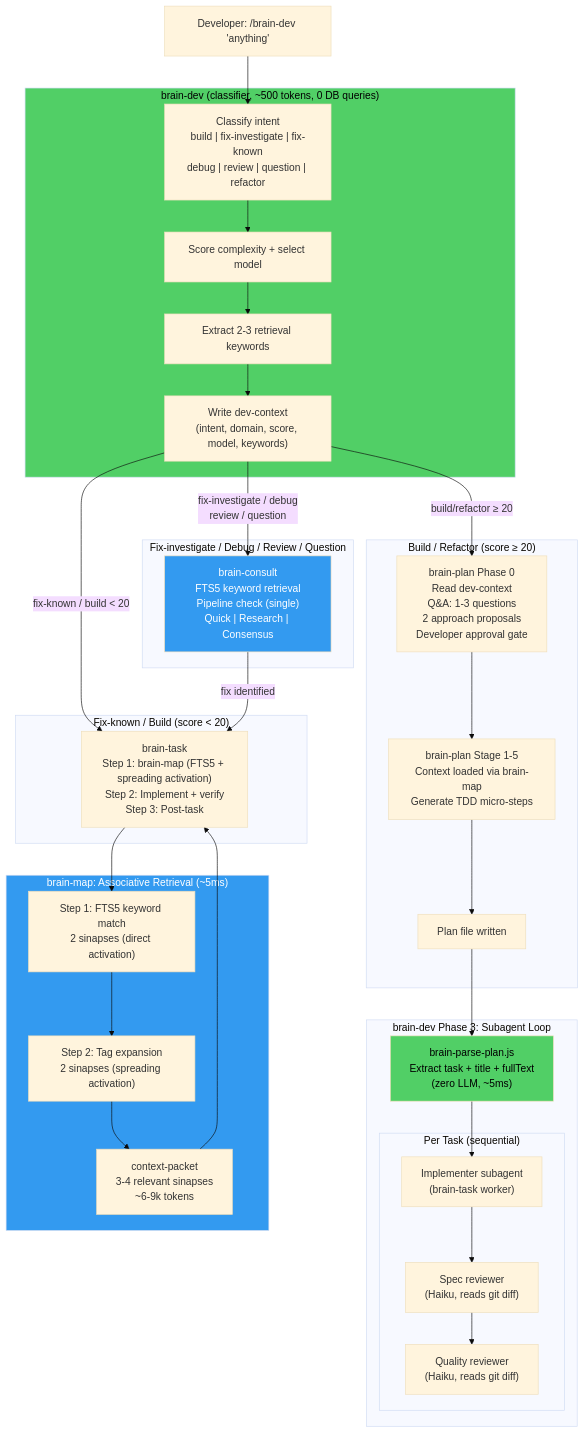
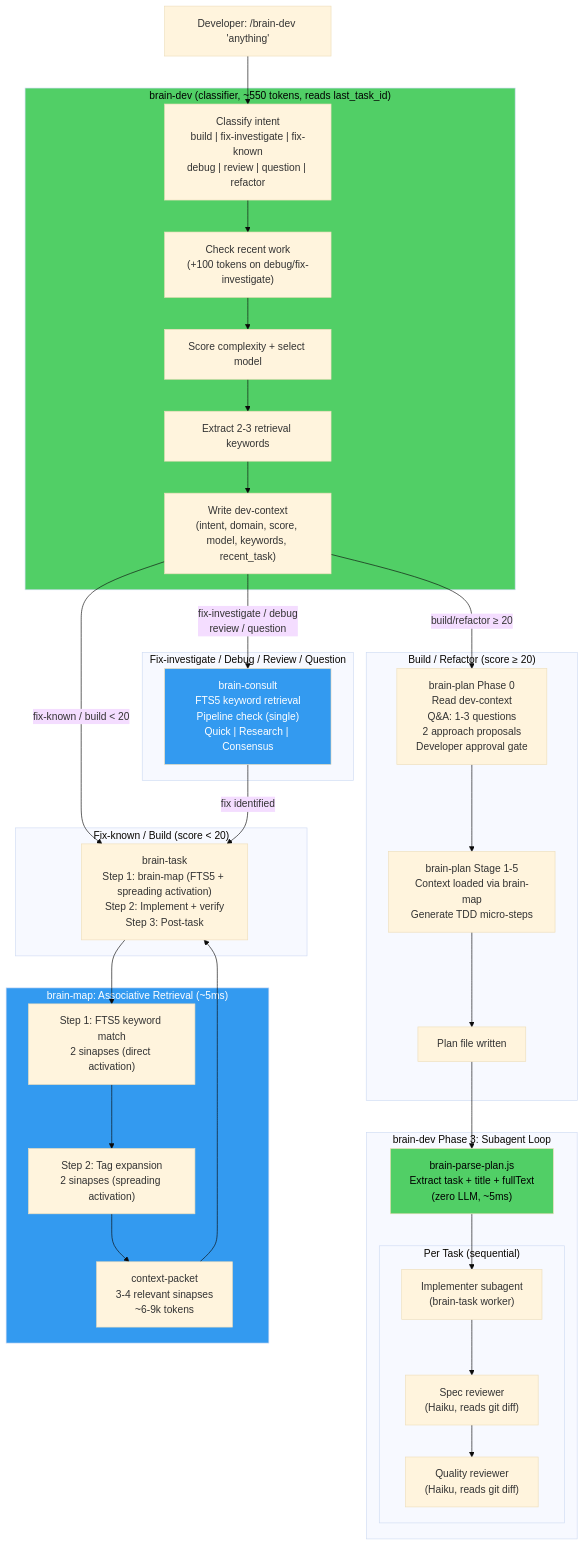
Before and after one commit to leandrotcawork/forgeflow-mini: the diagram in README.md, drawn with Mermaid (base theme). The commit also changed other lines of this file and 1 other file, not shown here.

Commit message:
docs: v1.1.0 — self-awareness, proactive confidence, brain-self-check.js

````diff
--- a/README.md
+++ b/README.md
@@ -396,61 +396,62 @@
 ```mermaid
 flowchart TB
     USER["Developer: /brain-dev 'anything'"]
 
-    subgraph BRAINDEV["brain-dev (classifier, ~500 tokens, 0 DB queries)"]
+    subgraph BRAINDEV["brain-dev (classifier, ~550 tokens, reads last_task_id)"]
         CL["Classify intent<br/>build | fix-investigate | fix-known<br/>debug | review | question | refactor"]
+        SA["Check recent work<br/>(+100 tokens on debug/fix-investigate)"]
         SC["Score complexity + select model"]
         KW["Extract 2-3 retrieval keywords"]
-        DC["Write dev-context<br/>(intent, domain, score, model, keywords)"]
+        DC["Write dev-context<br/>(intent, domain, score, model, keywords, recent_task)"]
     end
 
     subgraph PLAN_PATH["Build / Refactor (score ≥ 20)"]
         BP0["brain-plan Phase 0<br/>Read dev-context<br/>Q&A: 1-3 questions<br/>2 approach proposals<br/>Developer approval gate"]
         BP1["brain-plan Stage 1-5<br/>Context loaded via brain-map<br/>Generate TDD micro-steps"]
         PLAN["Plan file written"]
     end
 
     subgraph DISPATCH["brain-dev Phase 3: Subagent Loop"]
         PARSE["brain-parse-plan.js<br/>Extract task + title + fullText<br/>(zero LLM, ~5ms)"]
 
         subgraph PERTASK["Per Task (sequential)"]
             IMPL["Implementer subagent<br/>(brain-task worker)"]
             SPECR["Spec reviewer<br/>(Haiku, reads git diff)"]
             QUALR["Quality reviewer<br/>(Haiku, reads git diff)"]
         end
     end
 
     subgraph CONSULT_PATH["Fix-investigate / Debug / Review / Question"]
         BC["brain-consult<br/>FTS5 keyword retrieval<br/>Pipeline check (single)<br/>Quick | Research | Consensus"]
     end
 
     subgraph TASK_DIRECT["Fix-known / Build (score < 20)"]
         BT["brain-task<br/>Step 1: brain-map (FTS5 + spreading activation)<br/>Step 2: Implement + verify<br/>Step 3: Post-task"]
     end
 
     subgraph BRAINMAP["brain-map: Associative Retrieval (~5ms)"]
         FTS["Step 1: FTS5 keyword match<br/>2 sinapses (direct activation)"]
         SPREAD["Step 2: Tag expansion<br/>2 sinapses (spreading activation)"]
         CTX["context-packet<br/>3-4 relevant sinapses<br/>~6-9k tokens"]
     end
 
-    USER --> CL --> SC --> KW --> DC
+    USER --> CL --> SA --> SC --> KW --> DC
 
     DC -->|"build/refactor ≥ 20"| BP0
     DC -->|"fix-known / build < 20"| BT
     DC -->|"fix-investigate / debug<br/>review / question"| BC
 
     BP0 --> BP1 --> PLAN --> PARSE --> IMPL
     IMPL --> SPECR --> QUALR
 
     BC -->|"fix identified"| BT
 
     BT --> FTS
     FTS --> SPREAD --> CTX
     CTX --> BT
 
     style BRAINDEV fill:#51cf66,color:#000
     style BRAINMAP fill:#339af0,color:#fff
     style PARSE fill:#51cf66,color:#000
     style BC fill:#339af0,color:#fff
 ```
````
